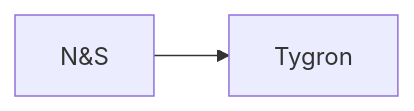
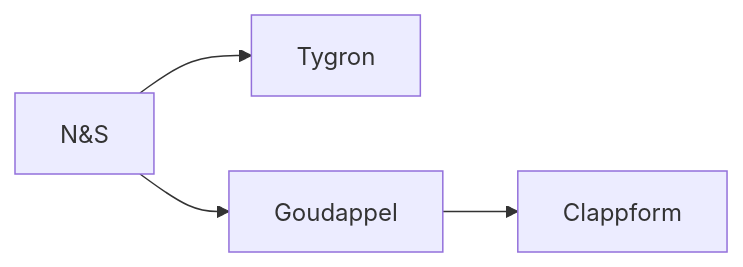
One commit to Geonovum/nLDT-AppStore changed the first of 2 diagrams in README.md. Above: the diagram before and after it, drawn with Mermaid. The commit also changed other lines of this file, not shown here.

````diff
--- a/README.md
+++ b/README.md
@@ -14,4 +14,6 @@
 ```mermaid
   graph LR;
     N&S-->Tygron;
+    N&S-->Goudappel;
+    Goudappel-->Clappform
 ```
````
